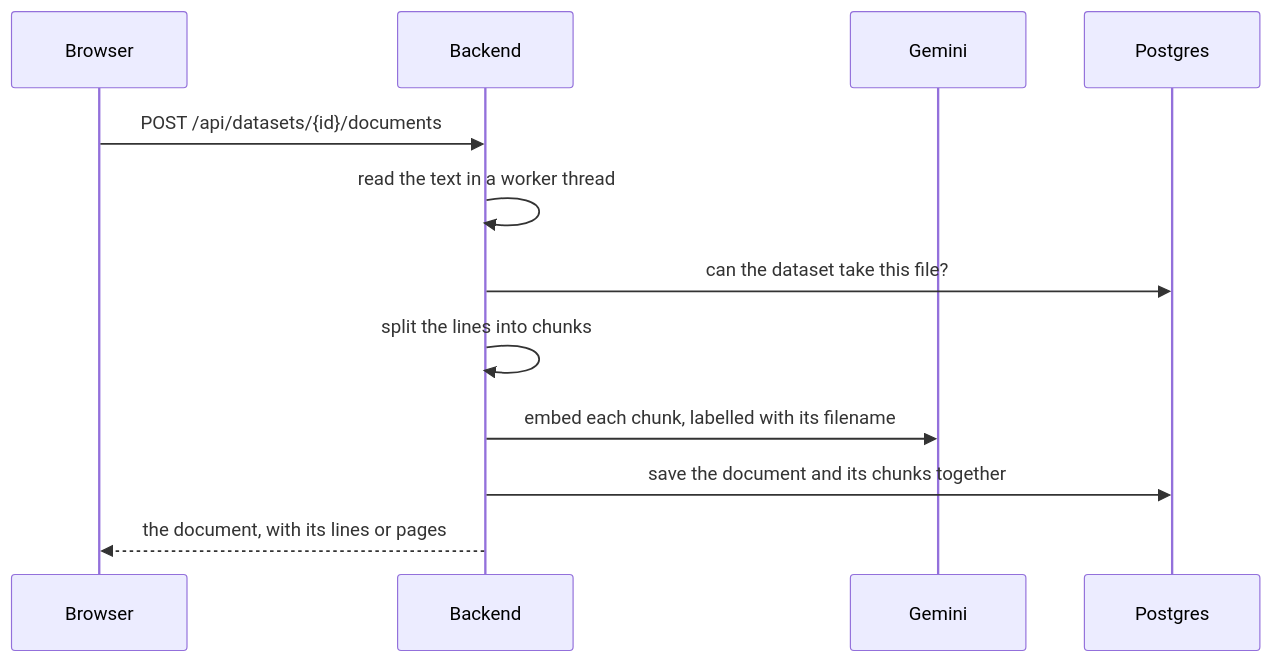
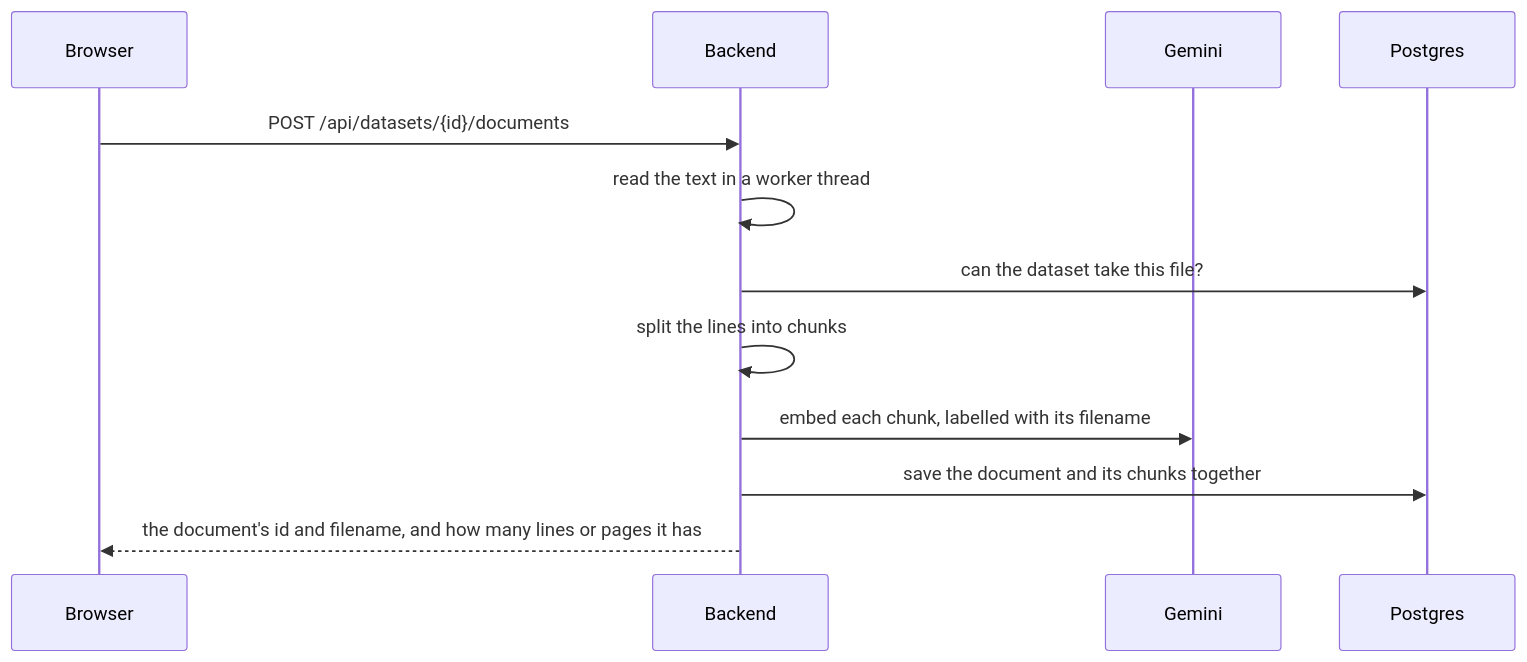
The second of 3 diagrams in README.md (DeniisPyr/Context-Lens), drawn with Mermaid before and after one commit. The commit also changed other lines of this file, not shown here.

````diff
--- a/README.md
+++ b/README.md
@@ -50,14 +50,14 @@
 ```mermaid
 sequenceDiagram
     participant UI as Browser
     participant API as Backend
     participant G as Gemini
     participant DB as Postgres
     UI->>API: POST /api/datasets/{id}/documents
     API->>API: read the text in a worker thread
     API->>DB: can the dataset take this file?
     API->>API: split the lines into chunks
     API->>G: embed each chunk, labelled with its filename
     API->>DB: save the document and its chunks together
-    API-->>UI: the document, with its lines or pages
+    API-->>UI: the document's id and filename, and how many lines or pages it has
 ```
````
